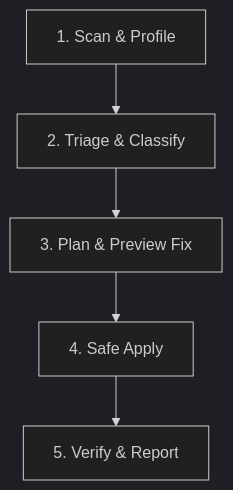
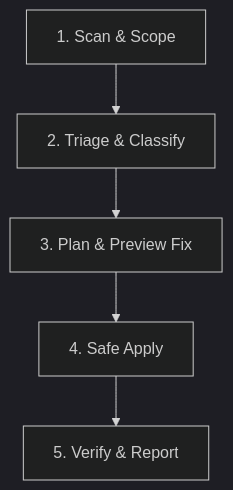
The diagram in skills/vibe-security/SKILL.md (korayda4/Vibe-Security), drawn with Mermaid (dark theme) before and after one commit. The commit also changed other lines of this file and 13 other files, not shown here.

````diff
--- a/skills/vibe-security/SKILL.md
+++ b/skills/vibe-security/SKILL.md
@@ -14,7 +14,7 @@
 ```mermaid
 graph TD
-    A[1. Scan & Profile] --> B[2. Triage & Classify]
+    A[1. Scan & Scope] --> B[2. Triage & Classify]
     B --> C[3. Plan & Preview Fix]
     C --> D[4. Safe Apply]
     D --> E[5. Verify & Report]
 ```
````
